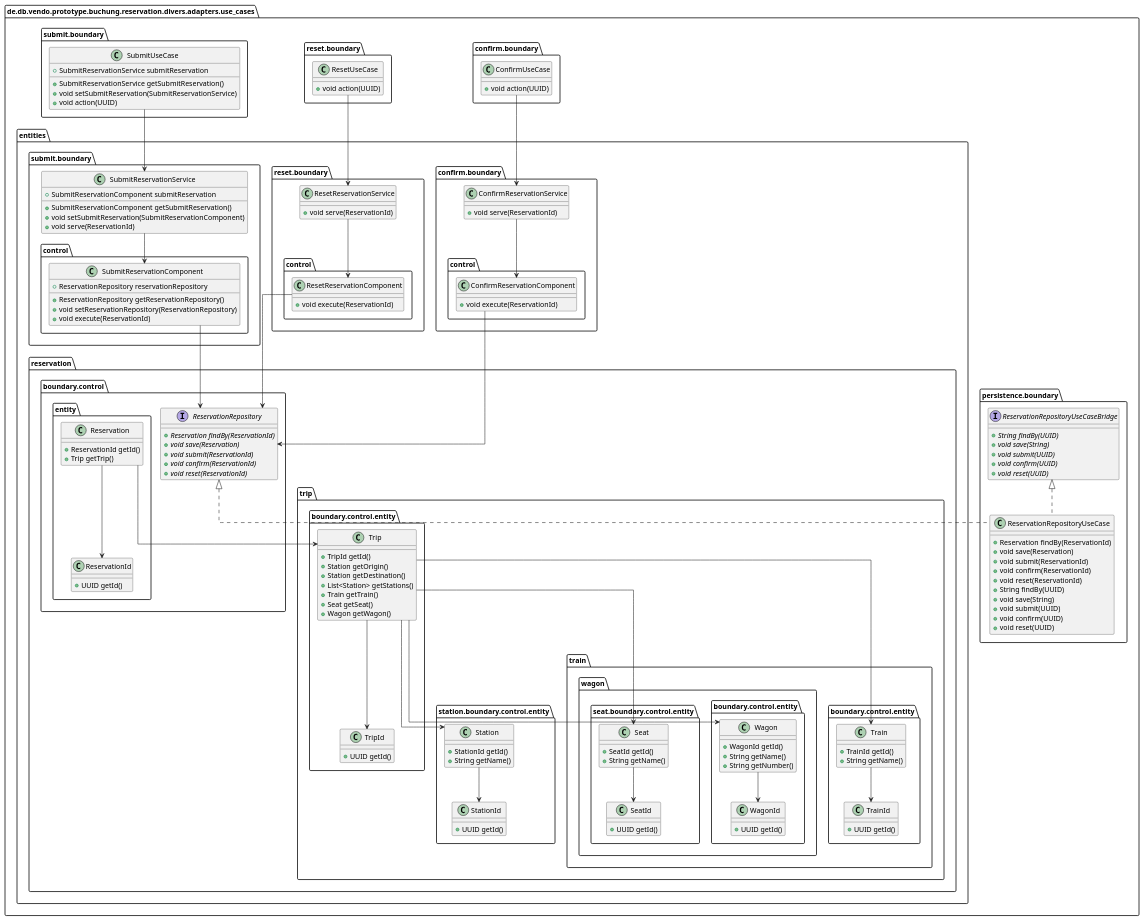
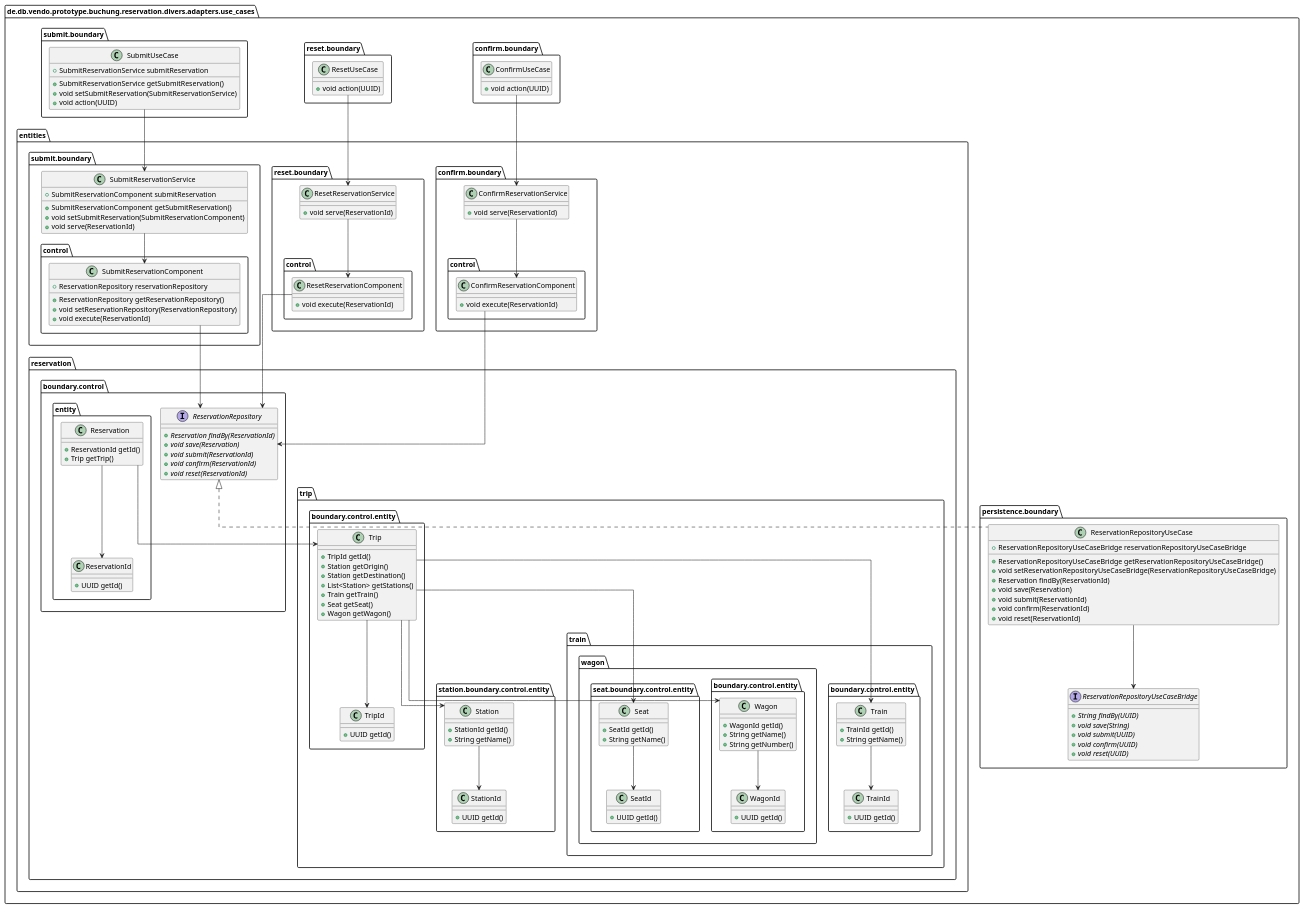
The diagram in doc/uml/puml/use_cases.puml (punkratz312/reservation-proto), drawn with PlantUML before and after one commit. The commit also changed 11 other files, not shown here.

```diff
--- a/doc/uml/puml/use_cases.puml
+++ b/doc/uml/puml/use_cases.puml
@@ -1,141 +1,140 @@
 @startuml
 !pragma useIntermediatePackages false
 skinparam linetype ortho
 show stereotype
 
 class "ConfirmUseCase" as de.db.vendo.prototype.buchung.reservation.divers.adapters.use_cases.confirm.boundary.ConfirmUseCase {
   +void action(UUID)
 }
 class "ConfirmReservationService" as de.db.vendo.prototype.buchung.reservation.divers.adapters.use_cases.entities.confirm.boundary.ConfirmReservationService {
   +void serve(ReservationId)
 }
 class "ConfirmReservationComponent" as de.db.vendo.prototype.buchung.reservation.divers.adapters.use_cases.entities.confirm.boundary.control.ConfirmReservationComponent {
   +void execute(ReservationId)
 }
 interface "ReservationRepository" as de.db.vendo.prototype.buchung.reservation.divers.adapters.use_cases.entities.reservation.boundary.control.ReservationRepository {
   + {abstract}Reservation findBy(ReservationId)
   + {abstract}void save(Reservation)
   + {abstract}void submit(ReservationId)
   + {abstract}void confirm(ReservationId)
   + {abstract}void reset(ReservationId)
 }
 class "Reservation" as de.db.vendo.prototype.buchung.reservation.divers.adapters.use_cases.entities.reservation.boundary.control.entity.Reservation {
   +ReservationId getId()
   +Trip getTrip()
 }
 class "ReservationId" as de.db.vendo.prototype.buchung.reservation.divers.adapters.use_cases.entities.reservation.boundary.control.entity.ReservationId {
   +UUID getId()
 }
 class "Trip" as de.db.vendo.prototype.buchung.reservation.divers.adapters.use_cases.entities.reservation.trip.boundary.control.entity.Trip {
   +TripId getId()
   +Station getOrigin()
   +Station getDestination()
   +List<Station> getStations()
   +Train getTrain()
   +Seat getSeat()
   +Wagon getWagon()
 }
 class "TripId" as de.db.vendo.prototype.buchung.reservation.divers.adapters.use_cases.entities.reservation.trip.boundary.control.entity.TripId {
   +UUID getId()
 }
 class "Station" as de.db.vendo.prototype.buchung.reservation.divers.adapters.use_cases.entities.reservation.trip.station.boundary.control.entity.Station {
   +StationId getId()
   +String getName()
 }
 class "StationId" as de.db.vendo.prototype.buchung.reservation.divers.adapters.use_cases.entities.reservation.trip.station.boundary.control.entity.StationId {
   +UUID getId()
 }
 class "Train" as de.db.vendo.prototype.buchung.reservation.divers.adapters.use_cases.entities.reservation.trip.train.boundary.control.entity.Train {
   +TrainId getId()
   +String getName()
 }
 class "TrainId" as de.db.vendo.prototype.buchung.reservation.divers.adapters.use_cases.entities.reservation.trip.train.boundary.control.entity.TrainId {
   +UUID getId()
 }
 class "Wagon" as de.db.vendo.prototype.buchung.reservation.divers.adapters.use_cases.entities.reservation.trip.train.wagon.boundary.control.entity.Wagon {
   +WagonId getId()
   +String getName()
   +String getNumber()
 }
 class "WagonId" as de.db.vendo.prototype.buchung.reservation.divers.adapters.use_cases.entities.reservation.trip.train.wagon.boundary.control.entity.WagonId {
   +UUID getId()
 }
 class "Seat" as de.db.vendo.prototype.buchung.reservation.divers.adapters.use_cases.entities.reservation.trip.train.wagon.seat.boundary.control.entity.Seat {
   +SeatId getId()
   +String getName()
 }
 class "SeatId" as de.db.vendo.prototype.buchung.reservation.divers.adapters.use_cases.entities.reservation.trip.train.wagon.seat.boundary.control.entity.SeatId {
   +UUID getId()
 }
 class "ResetReservationService" as de.db.vendo.prototype.buchung.reservation.divers.adapters.use_cases.entities.reset.boundary.ResetReservationService {
   +void serve(ReservationId)
 }
 class "ResetReservationComponent" as de.db.vendo.prototype.buchung.reservation.divers.adapters.use_cases.entities.reset.boundary.control.ResetReservationComponent {
   +void execute(ReservationId)
 }
 class "SubmitReservationService" as de.db.vendo.prototype.buchung.reservation.divers.adapters.use_cases.entities.submit.boundary.SubmitReservationService {
   +SubmitReservationComponent submitReservation
   __
   +SubmitReservationComponent getSubmitReservation()
   +void setSubmitReservation(SubmitReservationComponent)
   +void serve(ReservationId)
 }
 class "SubmitReservationComponent" as de.db.vendo.prototype.buchung.reservation.divers.adapters.use_cases.entities.submit.boundary.control.SubmitReservationComponent {
   +ReservationRepository reservationRepository
   __
   +ReservationRepository getReservationRepository()
   +void setReservationRepository(ReservationRepository)
   +void execute(ReservationId)
 }
 class "ReservationRepositoryUseCase" as de.db.vendo.prototype.buchung.reservation.divers.adapters.use_cases.persistence.boundary.ReservationRepositoryUseCase {
+  +ReservationRepositoryUseCaseBridge reservationRepositoryUseCaseBridge
+  __
+  +ReservationRepositoryUseCaseBridge getReservationRepositoryUseCaseBridge()
+  +void setReservationRepositoryUseCaseBridge(ReservationRepositoryUseCaseBridge)
   +Reservation findBy(ReservationId)
   +void save(Reservation)
   +void submit(ReservationId)
   +void confirm(ReservationId)
   +void reset(ReservationId)
-  +String findBy(UUID)
-  +void save(String)
-  +void submit(UUID)
-  +void confirm(UUID)
-  +void reset(UUID)
 }
 interface "ReservationRepositoryUseCaseBridge" as de.db.vendo.prototype.buchung.reservation.divers.adapters.use_cases.persistence.boundary.ReservationRepositoryUseCaseBridge {
   + {abstract}String findBy(UUID)
   + {abstract}void save(String)
   + {abstract}void submit(UUID)
   + {abstract}void confirm(UUID)
   + {abstract}void reset(UUID)
 }
 class "ResetUseCase" as de.db.vendo.prototype.buchung.reservation.divers.adapters.use_cases.reset.boundary.ResetUseCase {
   +void action(UUID)
 }
 class "SubmitUseCase" as de.db.vendo.prototype.buchung.reservation.divers.adapters.use_cases.submit.boundary.SubmitUseCase {
   +SubmitReservationService submitReservation
   __
   +SubmitReservationService getSubmitReservation()
   +void setSubmitReservation(SubmitReservationService)
   +void action(UUID)
 }
 de.db.vendo.prototype.buchung.reservation.divers.adapters.use_cases.confirm.boundary.ConfirmUseCase --> de.db.vendo.prototype.buchung.reservation.divers.adapters.use_cases.entities.confirm.boundary.ConfirmReservationService
 de.db.vendo.prototype.buchung.reservation.divers.adapters.use_cases.entities.confirm.boundary.ConfirmReservationService --> de.db.vendo.prototype.buchung.reservation.divers.adapters.use_cases.entities.confirm.boundary.control.ConfirmReservationComponent
 de.db.vendo.prototype.buchung.reservation.divers.adapters.use_cases.entities.confirm.boundary.control.ConfirmReservationComponent --> de.db.vendo.prototype.buchung.reservation.divers.adapters.use_cases.entities.reservation.boundary.control.ReservationRepository
 de.db.vendo.prototype.buchung.reservation.divers.adapters.use_cases.entities.reservation.boundary.control.entity.Reservation --> de.db.vendo.prototype.buchung.reservation.divers.adapters.use_cases.entities.reservation.trip.boundary.control.entity.Trip
 de.db.vendo.prototype.buchung.reservation.divers.adapters.use_cases.entities.reservation.boundary.control.entity.Reservation --> de.db.vendo.prototype.buchung.reservation.divers.adapters.use_cases.entities.reservation.boundary.control.entity.ReservationId
 de.db.vendo.prototype.buchung.reservation.divers.adapters.use_cases.entities.reservation.trip.boundary.control.entity.Trip --> de.db.vendo.prototype.buchung.reservation.divers.adapters.use_cases.entities.reservation.trip.boundary.control.entity.TripId
 de.db.vendo.prototype.buchung.reservation.divers.adapters.use_cases.entities.reservation.trip.boundary.control.entity.Trip --> de.db.vendo.prototype.buchung.reservation.divers.adapters.use_cases.entities.reservation.trip.station.boundary.control.entity.Station
 de.db.vendo.prototype.buchung.reservation.divers.adapters.use_cases.entities.reservation.trip.boundary.control.entity.Trip --> de.db.vendo.prototype.buchung.reservation.divers.adapters.use_cases.entities.reservation.trip.train.wagon.seat.boundary.control.entity.Seat
 de.db.vendo.prototype.buchung.reservation.divers.adapters.use_cases.entities.reservation.trip.boundary.control.entity.Trip --> de.db.vendo.prototype.buchung.reservation.divers.adapters.use_cases.entities.reservation.trip.train.boundary.control.entity.Train
 de.db.vendo.prototype.buchung.reservation.divers.adapters.use_cases.entities.reservation.trip.boundary.control.entity.Trip --> de.db.vendo.prototype.buchung.reservation.divers.adapters.use_cases.entities.reservation.trip.train.wagon.boundary.control.entity.Wagon
 de.db.vendo.prototype.buchung.reservation.divers.adapters.use_cases.entities.reservation.trip.station.boundary.control.entity.Station --> de.db.vendo.prototype.buchung.reservation.divers.adapters.use_cases.entities.reservation.trip.station.boundary.control.entity.StationId
 de.db.vendo.prototype.buchung.reservation.divers.adapters.use_cases.entities.reservation.trip.train.boundary.control.entity.Train --> de.db.vendo.prototype.buchung.reservation.divers.adapters.use_cases.entities.reservation.trip.train.boundary.control.entity.TrainId
 de.db.vendo.prototype.buchung.reservation.divers.adapters.use_cases.entities.reservation.trip.train.wagon.boundary.control.entity.Wagon --> de.db.vendo.prototype.buchung.reservation.divers.adapters.use_cases.entities.reservation.trip.train.wagon.boundary.control.entity.WagonId
 de.db.vendo.prototype.buchung.reservation.divers.adapters.use_cases.entities.reservation.trip.train.wagon.seat.boundary.control.entity.Seat --> de.db.vendo.prototype.buchung.reservation.divers.adapters.use_cases.entities.reservation.trip.train.wagon.seat.boundary.control.entity.SeatId
 de.db.vendo.prototype.buchung.reservation.divers.adapters.use_cases.entities.reset.boundary.ResetReservationService --> de.db.vendo.prototype.buchung.reservation.divers.adapters.use_cases.entities.reset.boundary.control.ResetReservationComponent
 de.db.vendo.prototype.buchung.reservation.divers.adapters.use_cases.entities.reset.boundary.control.ResetReservationComponent --> de.db.vendo.prototype.buchung.reservation.divers.adapters.use_cases.entities.reservation.boundary.control.ReservationRepository
 de.db.vendo.prototype.buchung.reservation.divers.adapters.use_cases.entities.submit.boundary.SubmitReservationService --> de.db.vendo.prototype.buchung.reservation.divers.adapters.use_cases.entities.submit.boundary.control.SubmitReservationComponent
 de.db.vendo.prototype.buchung.reservation.divers.adapters.use_cases.entities.submit.boundary.control.SubmitReservationComponent --> de.db.vendo.prototype.buchung.reservation.divers.adapters.use_cases.entities.reservation.boundary.control.ReservationRepository
-de.db.vendo.prototype.buchung.reservation.divers.adapters.use_cases.persistence.boundary.ReservationRepositoryUseCase .u.|> de.db.vendo.prototype.buchung.reservation.divers.adapters.use_cases.persistence.boundary.ReservationRepositoryUseCaseBridge
 de.db.vendo.prototype.buchung.reservation.divers.adapters.use_cases.persistence.boundary.ReservationRepositoryUseCase .u.|> de.db.vendo.prototype.buchung.reservation.divers.adapters.use_cases.entities.reservation.boundary.control.ReservationRepository
+de.db.vendo.prototype.buchung.reservation.divers.adapters.use_cases.persistence.boundary.ReservationRepositoryUseCase --> de.db.vendo.prototype.buchung.reservation.divers.adapters.use_cases.persistence.boundary.ReservationRepositoryUseCaseBridge
 de.db.vendo.prototype.buchung.reservation.divers.adapters.use_cases.reset.boundary.ResetUseCase --> de.db.vendo.prototype.buchung.reservation.divers.adapters.use_cases.entities.reset.boundary.ResetReservationService
 de.db.vendo.prototype.buchung.reservation.divers.adapters.use_cases.submit.boundary.SubmitUseCase --> de.db.vendo.prototype.buchung.reservation.divers.adapters.use_cases.entities.submit.boundary.SubmitReservationService
 @enduml
```
